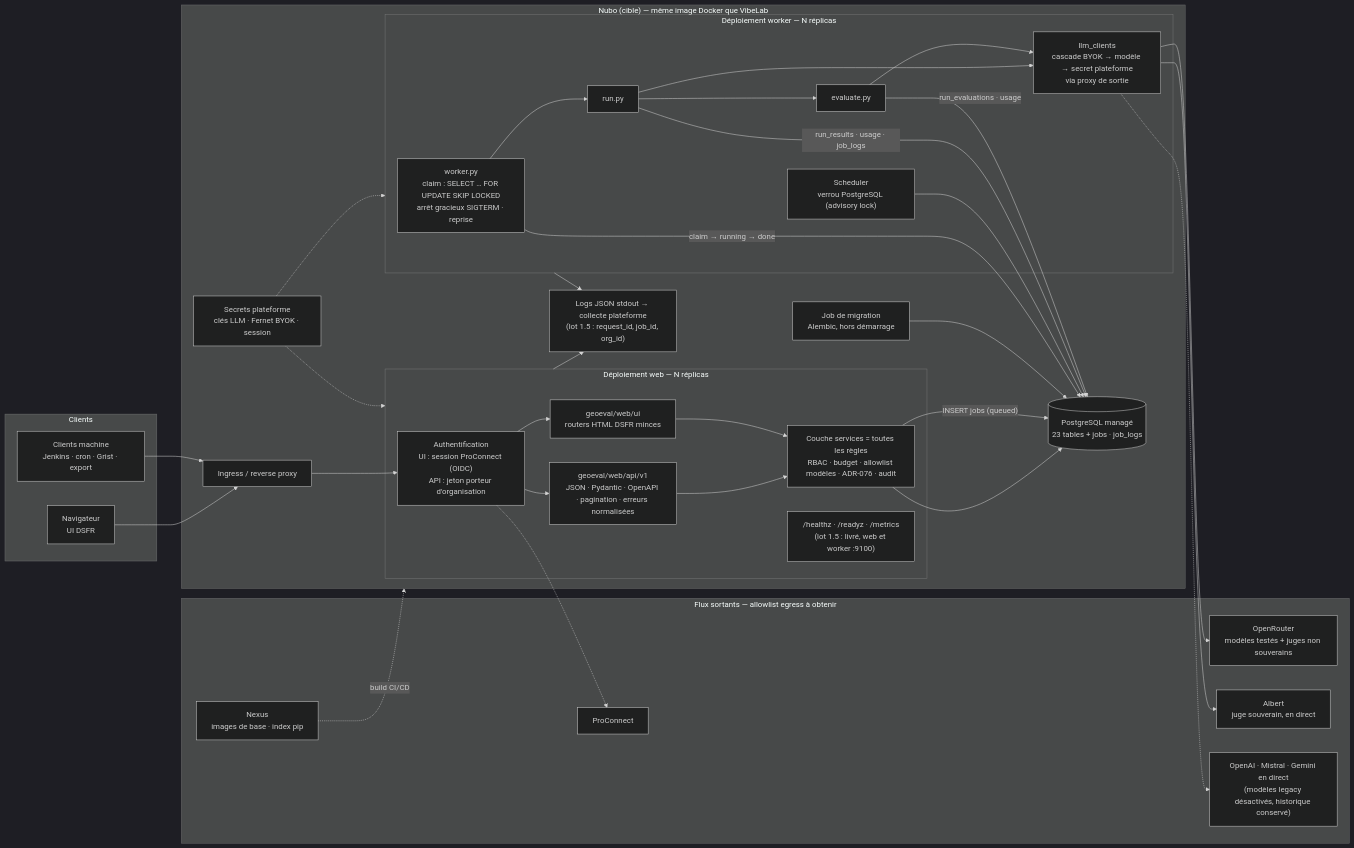
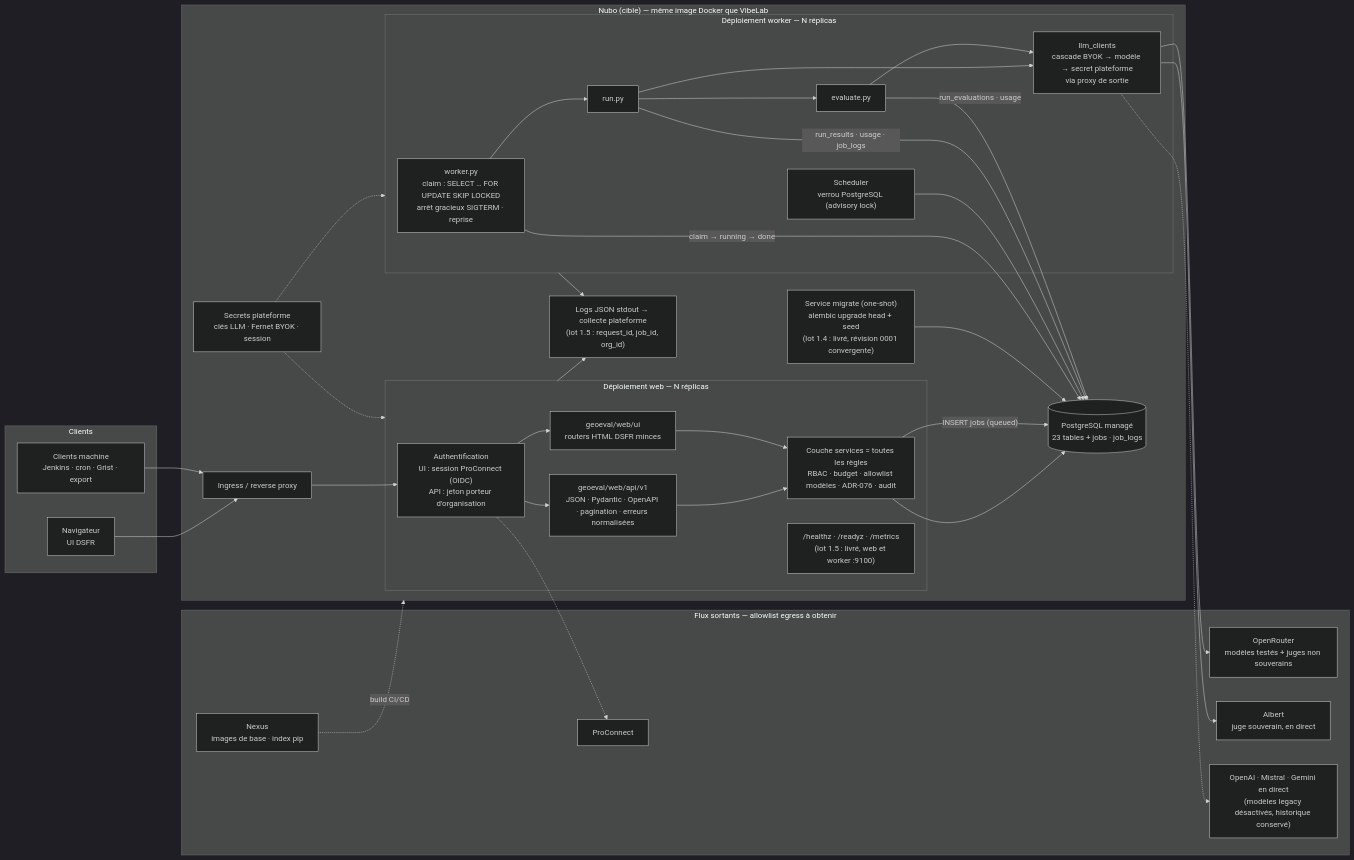
One commit to bmatge/GEOeval changed the second of 3 diagrams in docs/architecture.md. Above: the diagram before and after it, drawn with Mermaid (dark theme). The commit also changed 21 other files, not shown here.

First line of the commit message:
feat(db): migrations Alembic hors démarrage, révision 0001 convergente (ADR-088 lot 1.4)

````diff
--- a/docs/architecture.md
+++ b/docs/architecture.md
@@ -77,64 +77,64 @@
 ```mermaid
 flowchart LR
   subgraph Clients
     U["Navigateur<br/>UI DSFR"]
     M["Clients machine<br/>Jenkins · cron · Grist · export"]
   end
 
   subgraph Nubo["Nubo (cible) — même image Docker que VibeLab"]
     ING["Ingress / reverse proxy"]
     subgraph WEB["Déploiement web — N réplicas"]
       AUTH["Authentification<br/>UI : session ProConnect (OIDC)<br/>API : jeton porteur d'organisation"]
       API["geoeval/web/api/v1<br/>JSON · Pydantic · OpenAPI · pagination · erreurs normalisées"]
       UI["geoeval/web/ui<br/>routers HTML DSFR minces"]
       SVC["Couche services = toutes les règles<br/>RBAC · budget · allowlist modèles · ADR-076 · audit"]
       HZ["/healthz · /readyz · /metrics<br/>(lot 1.5 : livré, web et worker :9100)"]
     end
     subgraph WK["Déploiement worker — N réplicas"]
       W["worker.py<br/>claim : SELECT … FOR UPDATE SKIP LOCKED<br/>arrêt gracieux SIGTERM · reprise"]
       SCH["Scheduler<br/>verrou PostgreSQL (advisory lock)"]
       RUN["run.py"]
       EVAL["evaluate.py"]
       LLMC["llm_clients<br/>cascade BYOK → modèle → secret plateforme<br/>via proxy de sortie"]
     end
-    MIG["Job de migration<br/>Alembic, hors démarrage"]
+    MIG["Service migrate (one-shot)<br/>alembic upgrade head + seed<br/>(lot 1.4 : livré, révision 0001 convergente)"]
     DB[("PostgreSQL managé<br/>23 tables + jobs · job_logs")]
     SEC["Secrets plateforme<br/>clés LLM · Fernet BYOK · session"]
     LOGS["Logs JSON stdout → collecte plateforme<br/>(lot 1.5 : request_id, job_id, org_id)"]
   end
 
   subgraph EXT["Flux sortants — allowlist egress à obtenir"]
     OR["OpenRouter<br/>modèles testés + juges non souverains"]
     ALB["Albert<br/>juge souverain, en direct"]
     LEG["OpenAI · Mistral · Gemini en direct<br/>(modèles legacy désactivés, historique conservé)"]
     PC["ProConnect"]
     NEX["Nexus<br/>images de base · index pip"]
   end
 
   U --> ING
   M --> ING
   ING --> AUTH
   AUTH --> API
   AUTH --> UI
   API --> SVC
   UI --> SVC
   SVC --> DB
   SVC -->|"INSERT jobs (queued)"| DB
   W -->|"claim → running → done"| DB
   SCH --> DB
   W --> RUN --> EVAL
   RUN --> LLMC
   EVAL --> LLMC
   LLMC --> OR
   LLMC --> ALB
   LLMC -.-> LEG
   RUN -->|"run_results · usage · job_logs"| DB
   EVAL -->|"run_evaluations · usage"| DB
   MIG --> DB
   AUTH -.-> PC
   SEC -.-> WEB
   SEC -.-> WK
   WEB --> LOGS
   WK --> LOGS
   NEX -.->|"build CI/CD"| Nubo
 ```
````
